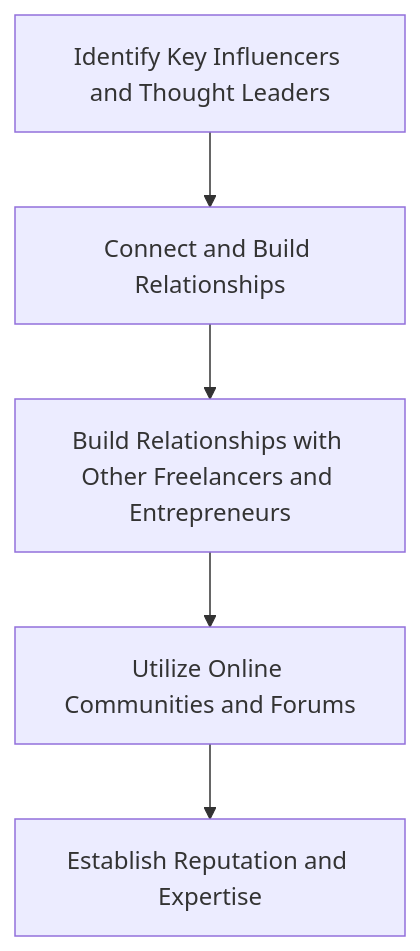
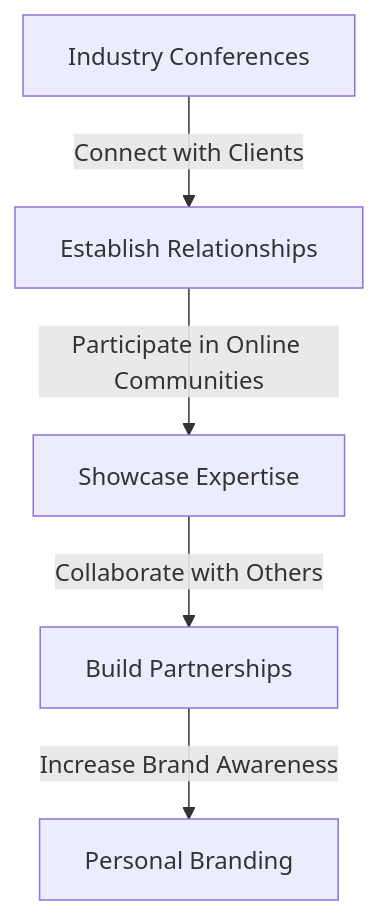
The second of 2 diagrams in docs/blogs/Mastering_Your_Personal_Brand_as_a_Technical_Freelancer_Part_2.md (baaghinitesh/dailly-notes), drawn with Mermaid before and after one commit. The commit also changed other lines of this file and 5 other files, not shown here.

````diff
--- a/docs/blogs/Mastering_Your_Personal_Brand_as_a_Technical_Freelancer_Part_2.md
+++ b/docs/blogs/Mastering_Your_Personal_Brand_as_a_Technical_Freelancer_Part_2.md
@@ -62,7 +42,7 @@
 ```mermaid
 flowchart TD
-    A[Identify Key Influencers and Thought Leaders] --> B[Connect and Build Relationships]
-    B --> C[Build Relationships with Other Freelancers and Entrepreneurs]
-    C --> D[Utilize Online Communities and Forums]
-    D --> E[Establish Reputation and Expertise]
+    A[Industry Conferences] -->|Connect with Clients| B[Establish Relationships]
+    B -->|Participate in Online Communities| C[Showcase Expertise]
+    C -->|Collaborate with Others| D[Build Partnerships]
+    D -->|Increase Brand Awareness| E[Personal Branding]
 ```
````
